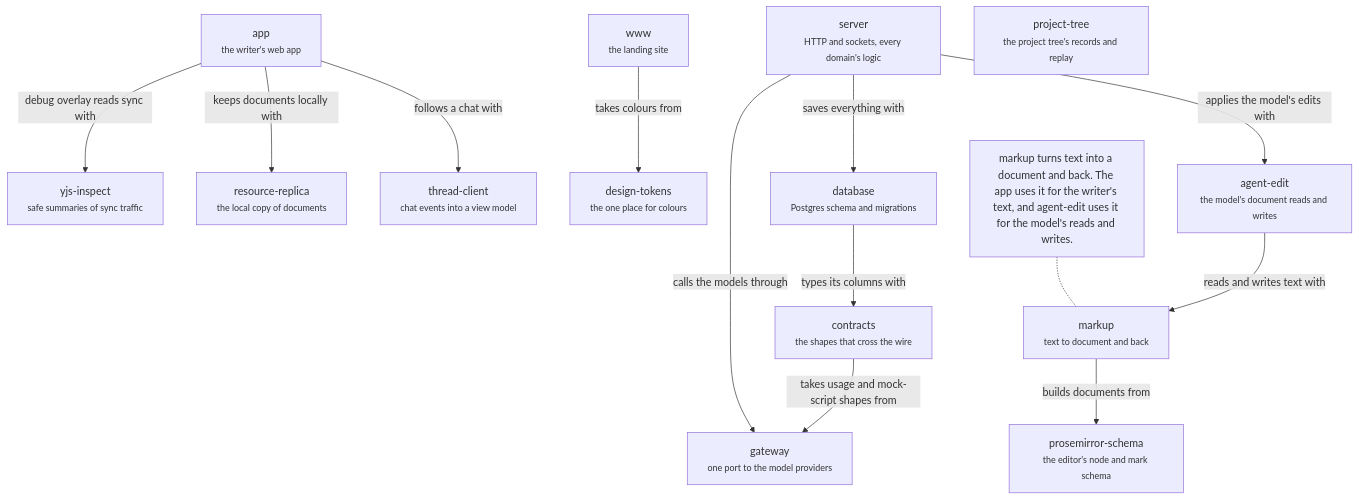
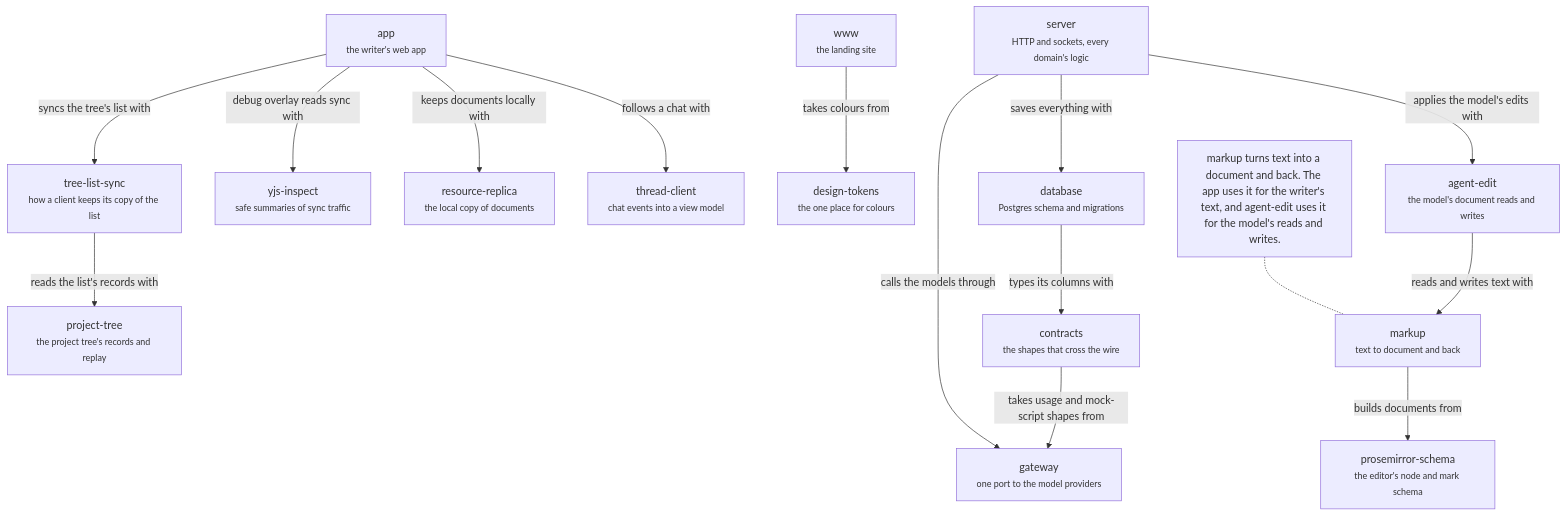
The diagram in .context/system-architecture/code.md (haowjy/meridian-flow), drawn with Mermaid before and after one commit. The commit also changed other lines of this file and 48 other files, not shown here.

First line of the commit message:
project-tree: the list's room, parts, and the browser's copy of the list (#1456)

````diff
--- a/.context/system-architecture/code.md
+++ b/.context/system-architecture/code.md
@@ -9,30 +9,33 @@
 ```mermaid
 flowchart TB
   app["app<br/><small>the writer's web app</small>"]:::module
   server["server<br/><small>HTTP and sockets, every domain's logic</small>"]:::module
   www["www<br/><small>the landing site</small>"]:::module
   thread-client["thread-client<br/><small>chat events into a view model</small>"]:::package
   resource-replica["resource-replica<br/><small>the local copy of documents</small>"]:::package
   agent-edit["agent-edit<br/><small>the model's document reads and writes</small>"]:::package
   project-tree["project-tree<br/><small>the project tree's records and replay</small>"]:::package
+  tree-list-sync["tree-list-sync<br/><small>how a client keeps its copy of the list</small>"]:::package
   markup["markup<br/><small>text to document and back</small>"]:::package
   prosemirror-schema["prosemirror-schema<br/><small>the editor's node and mark schema</small>"]:::package
   database["database<br/><small>Postgres schema and migrations</small>"]:::package
   contracts["contracts<br/><small>the shapes that cross the wire</small>"]:::package
   design-tokens["design-tokens<br/><small>the one place for colours</small>"]:::package
   gateway["gateway<br/><small>one port to the model providers</small>"]:::package
   yjs-inspect["yjs-inspect<br/><small>safe summaries of sync traffic</small>"]:::package
   app -->|"follows a chat with"| thread-client
   app -->|"keeps documents locally with"| resource-replica
   server -->|"applies the model's edits with"| agent-edit
   server -->|"saves everything with"| database
   agent-edit -->|"reads and writes text with"| markup
   markup -->|"builds documents from"| prosemirror-schema
   database -->|"types its columns with"| contracts
   contracts -->|"takes usage and mock-script shapes from"| gateway
   server -->|"calls the models through"| gateway
   www -->|"takes colours from"| design-tokens
   app -->|"debug overlay reads sync with"| yjs-inspect
+  app -->|"syncs the tree's list with"| tree-list-sync
+  tree-list-sync -->|"reads the list's records with"| project-tree
   note1["markup turns text into a document and back. The app uses it for the writer's text, and agent-edit uses it for the model's reads and writes."]:::note
   note1 -.- markup
 ```
````
